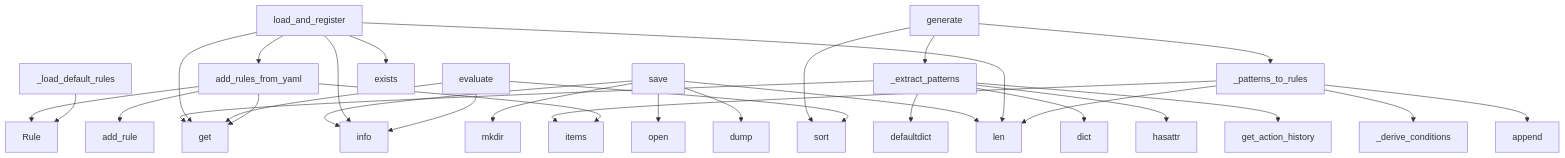
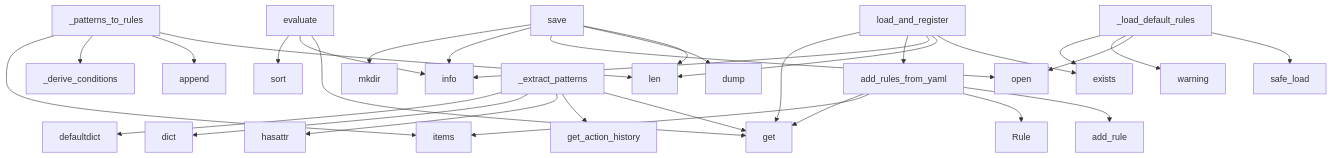
One commit to semcod/redsl changed the diagram in redsl/dsl/project/context.md. Above: the diagram before and after it, drawn with Mermaid. The commit also changed other lines of this file and 37 other files, not shown here.

````diff
--- a/redsl/dsl/project/context.md
+++ b/redsl/dsl/project/context.md
@@ -255,33 +255,33 @@
 ```mermaid
 graph TD
-    _load_default_rules --> Rule
     add_rules_from_yaml --> get
     add_rules_from_yaml --> items
     add_rules_from_yaml --> Rule
     add_rules_from_yaml --> add_rule
     _patterns_to_rules --> items
     _patterns_to_rules --> _derive_conditions
     _patterns_to_rules --> append
     _patterns_to_rules --> len
     evaluate --> sort
     evaluate --> info
     evaluate --> get
     load_and_register --> get
     load_and_register --> add_rules_from_yaml
     load_and_register --> info
     load_and_register --> len
     load_and_register --> exists
     _extract_patterns --> defaultdict
     _extract_patterns --> dict
     _extract_patterns --> hasattr
     _extract_patterns --> get_action_history
     _extract_patterns --> get
     save --> mkdir
     save --> info
     save --> open
     save --> dump
     save --> len
-    generate --> _extract_patterns
-    generate --> _patterns_to_rules
-    generate --> sort
+    _load_default_rules --> exists
+    _load_default_rules --> warning
+    _load_default_rules --> open
+    _load_default_rules --> safe_load
 ```
````
